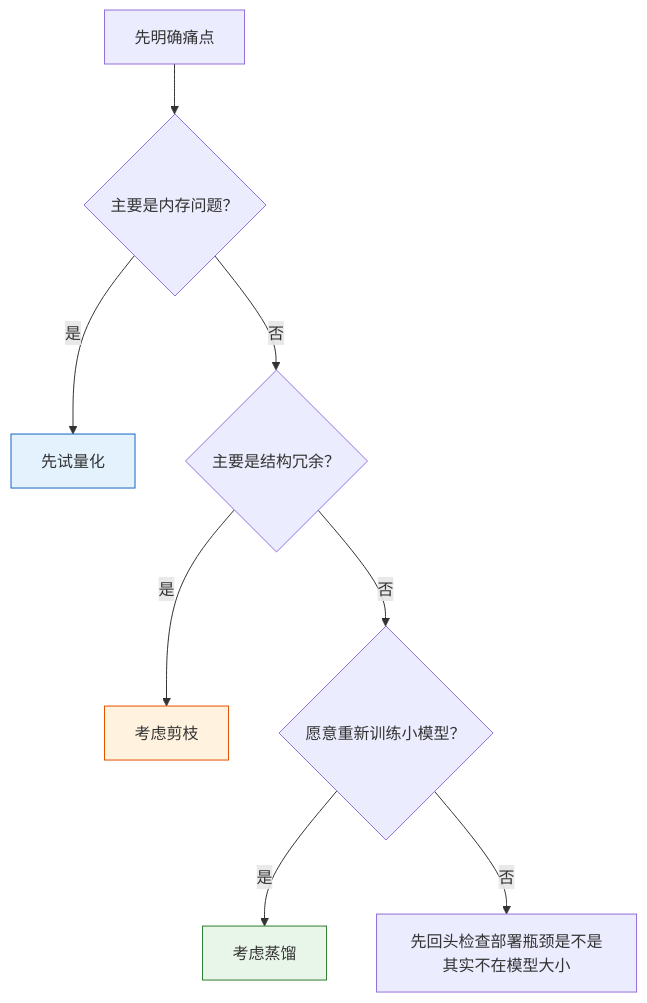
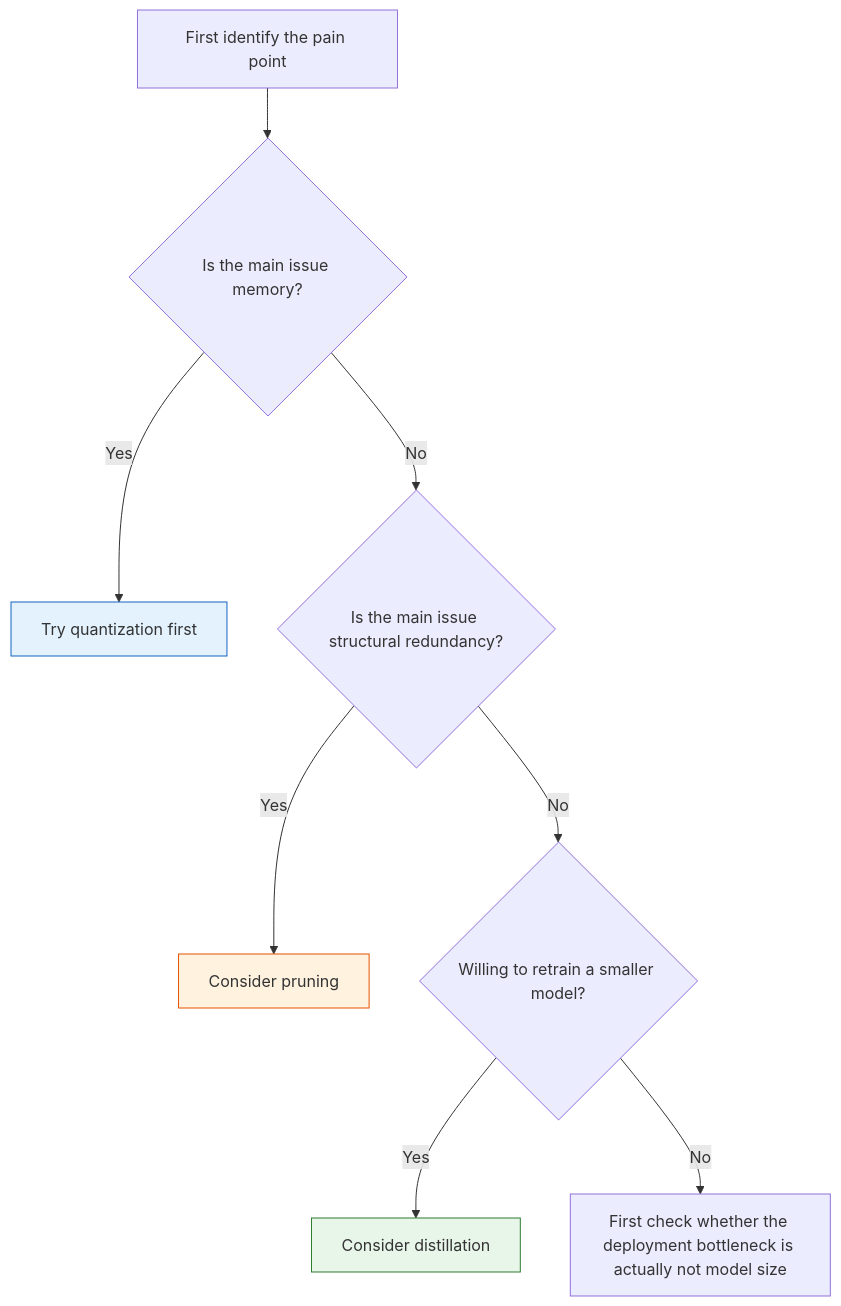
The second of 2 diagrams in docs/ch06-deep-learning/ch07-training-tips/03-model-compression.md (oudbiao/AI-fullstack-course), drawn with Mermaid before and after one commit. The commit also changed other lines of this file and 1406 other files, not shown here.

````diff
--- a/docs/ch06-deep-learning/ch07-training-tips/03-model-compression.md
+++ b/docs/ch06-deep-learning/ch07-training-tips/03-model-compression.md
@@ -214,14 +208,14 @@
 ```mermaid
 flowchart TD
-    A["先明确痛点"] --> B{"主要是内存问题？"}
-    B -->|"是"| Q["先试量化"]
-    B -->|"否"| C{"主要是结构冗余？"}
-    C -->|"是"| P["考虑剪枝"]
-    C -->|"否"| D{"愿意重新训练小模型？"}
-    D -->|"是"| K["考虑蒸馏"]
-    D -->|"否"| E["先回头检查部署瓶颈是不是其实不在模型大小"]
+    A["First identify the pain point"] --> B{"Is the main issue memory?"}
+    B -->|"Yes"| Q["Try quantization first"]
+    B -->|"No"| C{"Is the main issue structural redundancy?"}
+    C -->|"Yes"| P["Consider pruning"]
+    C -->|"No"| D{"Willing to retrain a smaller model?"}
+    D -->|"Yes"| K["Consider distillation"]
+    D -->|"No"| E["First check whether the deployment bottleneck is actually not model size"]
 
     style Q fill:#e3f2fd,stroke:#1565c0,color:#333
     style P fill:#fff3e0,stroke:#e65100,color:#333
     style K fill:#e8f5e9,stroke:#2e7d32,color:#333
 ```
````
